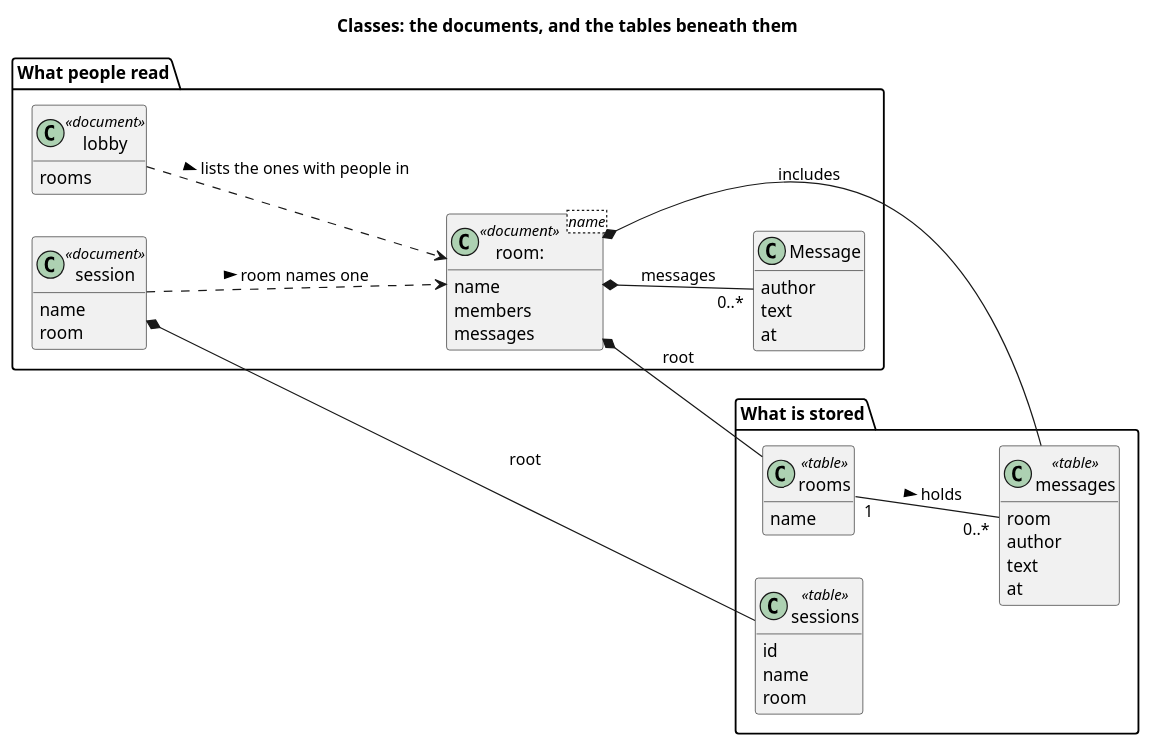
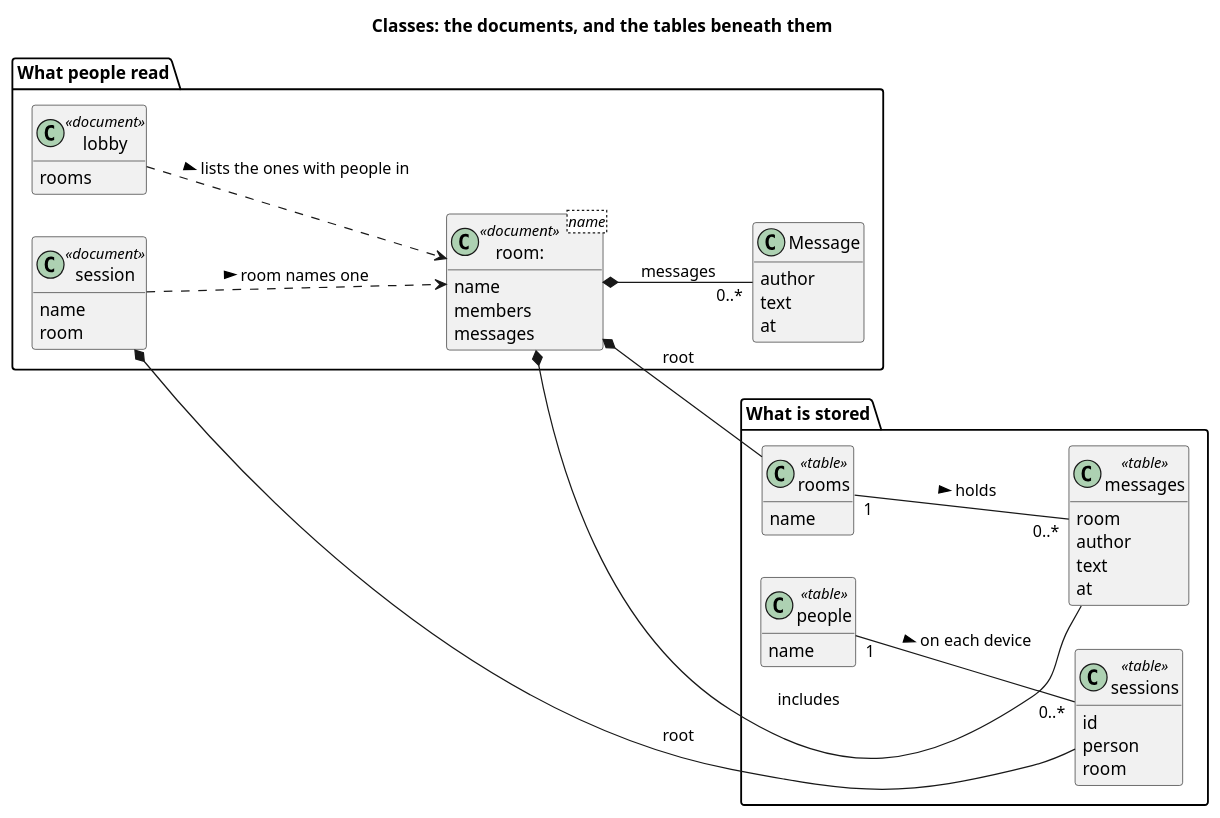
One commit to blueshed/dzql changed the diagram in uml/src/classes.puml. Above: the diagram before and after it, drawn with PlantUML. The commit also changed 6 other files, not shown here.

Commit message:
uml: a demo, so a person is self-authenticating -- a person is their name; each device has its own session and room; Dee in two rooms on two devices; logging out ends this device's session only

```diff
--- a/uml/src/classes.puml
+++ b/uml/src/classes.puml
@@ -1,52 +1,56 @@
 @startuml
 title Classes: the documents, and the tables beneath them
 hide empty methods
 left to right direction
 
 package "What people read" {
   class "room:<name>" as RoomDoc <<document>> {
     name
     members
     messages
   }
   class "session" as SessionDoc <<document>> {
     name
     room
   }
   class "lobby" as LobbyDoc <<document>> {
     rooms
   }
   class Message {
     author
     text
     at
   }
 }
 
 package "What is stored" {
   class rooms <<table>> {
     name
   }
   class messages <<table>> {
     room
     author
     text
     at
   }
+  class people <<table>> {
+    name
+  }
   class sessions <<table>> {
     id
-    name
+    person
     room
   }
 }
 
 RoomDoc *-- "0..*" Message : messages
 SessionDoc ..> RoomDoc : room names one >
 LobbyDoc ..> RoomDoc : lists the ones with people in >
 
 RoomDoc *-- rooms : root
 RoomDoc *-- messages : includes
 SessionDoc *-- sessions : root
 rooms "1" -- "0..*" messages : holds >
+people "1" -- "0..*" sessions : on each device >
 
 @enduml
```
